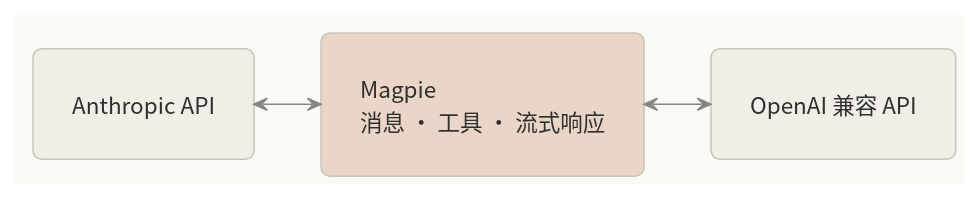
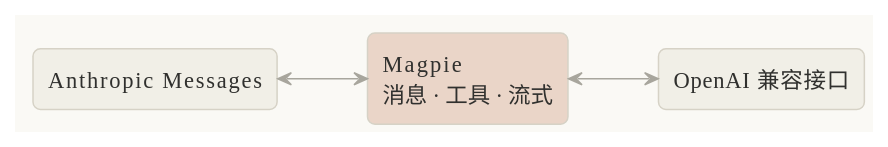
One commit to i-zrhe2016/blog.zrhe2016.cc changed the second of 5 diagrams in src/content/posts/magpie-deepseek-4-1-claude-code.md. Above: the diagram before and after it, drawn with PlantUML. The commit also changed other lines of this file and 5 other files, not shown here.

Commit message:
docs: refine Magpie article diagrams (clean sequence flow, no render warnings)

````diff
--- a/src/content/posts/magpie-deepseek-4-1-claude-code.md
+++ b/src/content/posts/magpie-deepseek-4-1-claude-code.md
@@ -59,29 +56,26 @@
 ```plantuml
 @startuml
 !theme plain
 skinparam backgroundColor #FAF9F5
-skinparam defaultFontName "Noto Sans CJK SC"
+skinparam defaultFontName "Microsoft YaHei"
 skinparam defaultFontSize 15
 skinparam defaultFontColor #30302E
 skinparam shadowing false
-skinparam roundCorner 12
-skinparam padding 16
-skinparam nodesep 40
-skinparam ranksep 45
-skinparam ArrowColor #87867F
+skinparam roundCorner 10
+skinparam ArrowColor #A8A69D
 skinparam ArrowThickness 1
-skinparam rectangle {
-  BackgroundColor #F0EEE6
-  BorderColor #C8C5BB
-  BorderThickness 1
-}
+skinparam rectangleBackgroundColor #F1EFE7
+skinparam rectangleBorderColor #D6D2C6
+skinparam rectangleBorderThickness 1
+skinparam rectanglePadding 14
 hide stereotype
 left to right direction
 
-rectangle "Anthropic API" as A
-rectangle "Magpie\n消息 · 工具 · 流式响应" as M #EAD5C8
-rectangle "OpenAI 兼容 API" as B
+rectangle "Anthropic Messages" as A
+rectangle "Magpie\n消息 · 工具 · 流式" as M #EAD5C8
+rectangle "OpenAI 兼容接口" as B
+
 A <--> M
 M <--> B
 @enduml
 ```
````
